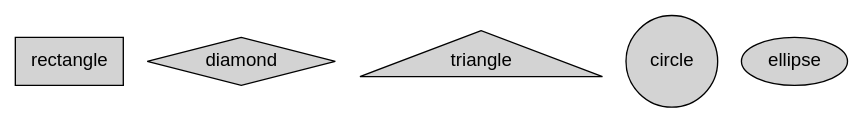
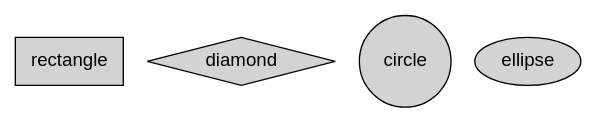
Before and after one commit to libyui/libyui: the diagram in libyui-qt-graph/examples/shapes.dot, drawn with Graphviz. The commit also changed 1 other file, not shown here.

```diff
--- a/libyui-qt-graph/examples/shapes.dot
+++ b/libyui-qt-graph/examples/shapes.dot
@@ -1,10 +1,10 @@
 digraph
 {
     node [style="filled", fontname="Helvetica"];
 
     rectangle [shape="rectangle"];
     diamond [shape="diamond"];
-    triangle [shape="triangle"];
+
     circle [shape="circle"];
     ellipse [shape="ellipse"];
 }
```
